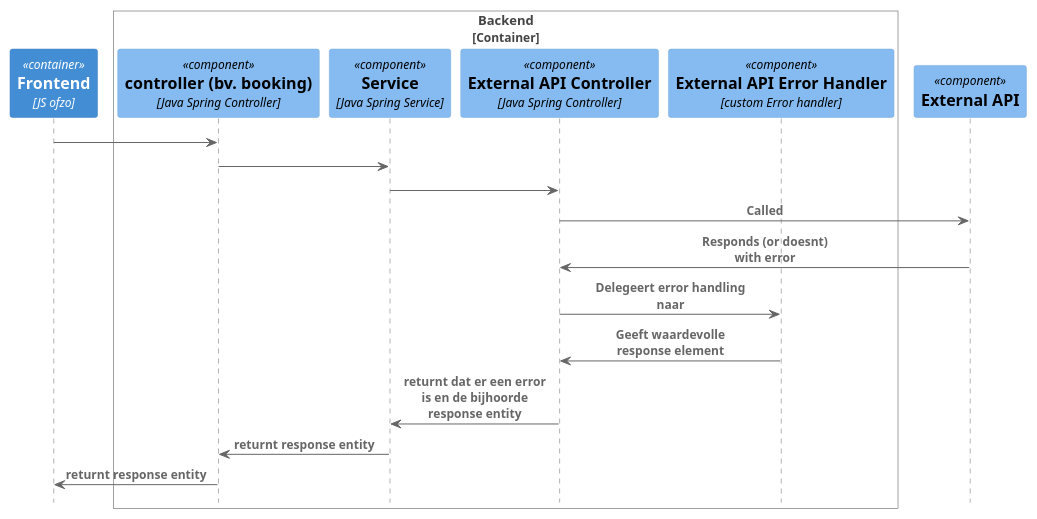
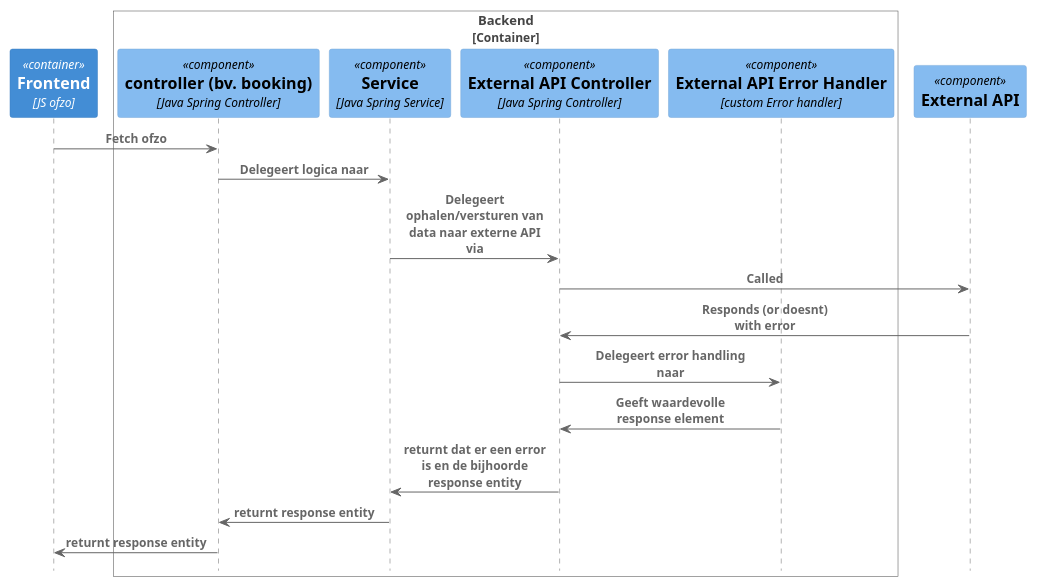
One commit to AIM-ENE-feb25/triptop-groep-b1 changed the diagram in Les-Opdrachten/Week-2/Les-3/Dynamic.puml. Above: the diagram before and after it, drawn with PlantUML.

```diff
--- a/Les-Opdrachten/Week-2/Les-3/Dynamic.puml
+++ b/Les-Opdrachten/Week-2/Les-3/Dynamic.puml
@@ -1,23 +1,23 @@
 @startuml
 !include https://raw.githubusercontent.com/plantuml-stdlib/C4-PlantUML/master/C4_Sequence.puml
 
 Container(Frontend, "Frontend", "JS ofzo")
 Container_Boundary(Backend, "Backend")
 Component(Controller, "controller (bv. booking)", "Java Spring Controller", "Een controller die gebruik maakt van een externe API in zijn process")
 Component(Service, "Service", "Java Spring Service", "het service component dat gebruikt wordt in dit process")
 Component(ExternalController, "External API Controller", "Java Spring Controller", "Controller die verantwoordelijk is voor externe API calls")
 Component(ErrorHandler, "External API Error Handler", "custom Error handler", "Verwerkt wat de error is en geeft een waardevolle response element terug")
 Boundary_End()
 Component(ExternalAPI, "External API")
 
-Rel(Frontend, Controller, "")
-Rel(Controller, Service, "")
-Rel(Service, ExternalController, "")
+Rel(Frontend, Controller, "Fetch ofzo")
+Rel(Controller, Service, "Delegeert logica naar")
+Rel(Service, ExternalController, "Delegeert ophalen/versturen van data naar externe API via")
 Rel(ExternalController, ExternalAPI , "Called")
 Rel(ExternalAPI, ExternalController, "Responds (or doesnt) with error")
 Rel(ExternalController, ErrorHandler, "Delegeert error handling naar")
 Rel(ErrorHandler, ExternalController, "Geeft waardevolle response element")
 Rel(ExternalController, Service, "returnt dat er een error is en de bijhoorde response entity")
 Rel(Service, Controller, "returnt response entity")
 Rel(Controller, Frontend, "returnt response entity")
 @enduml
```
